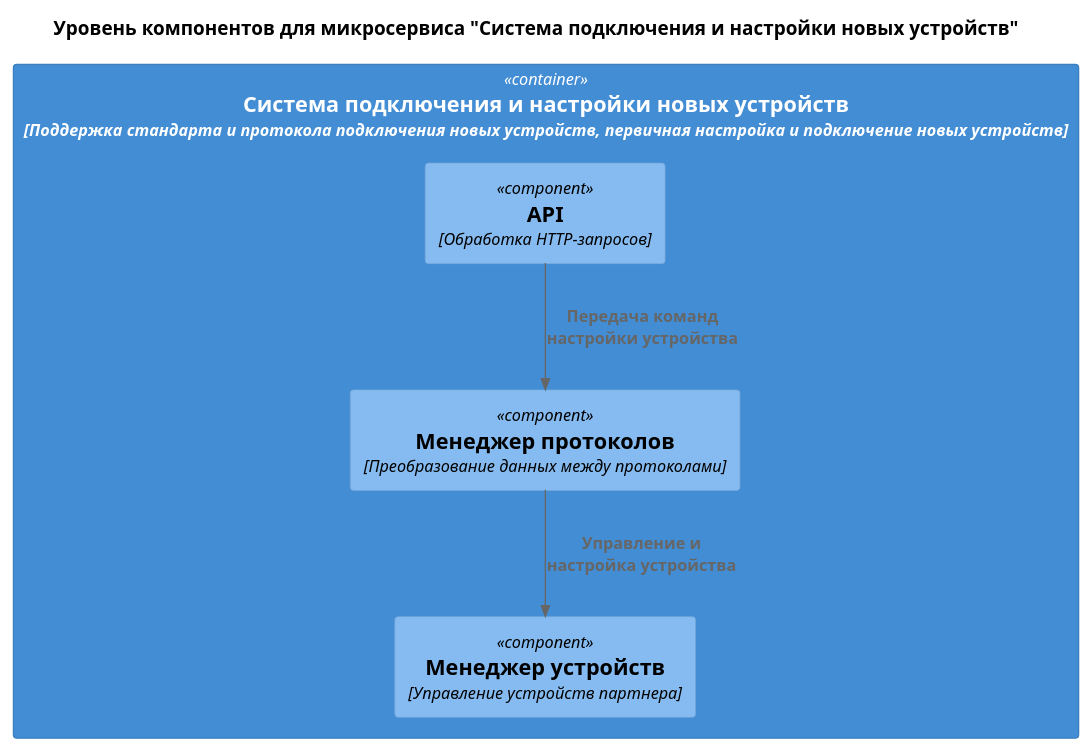
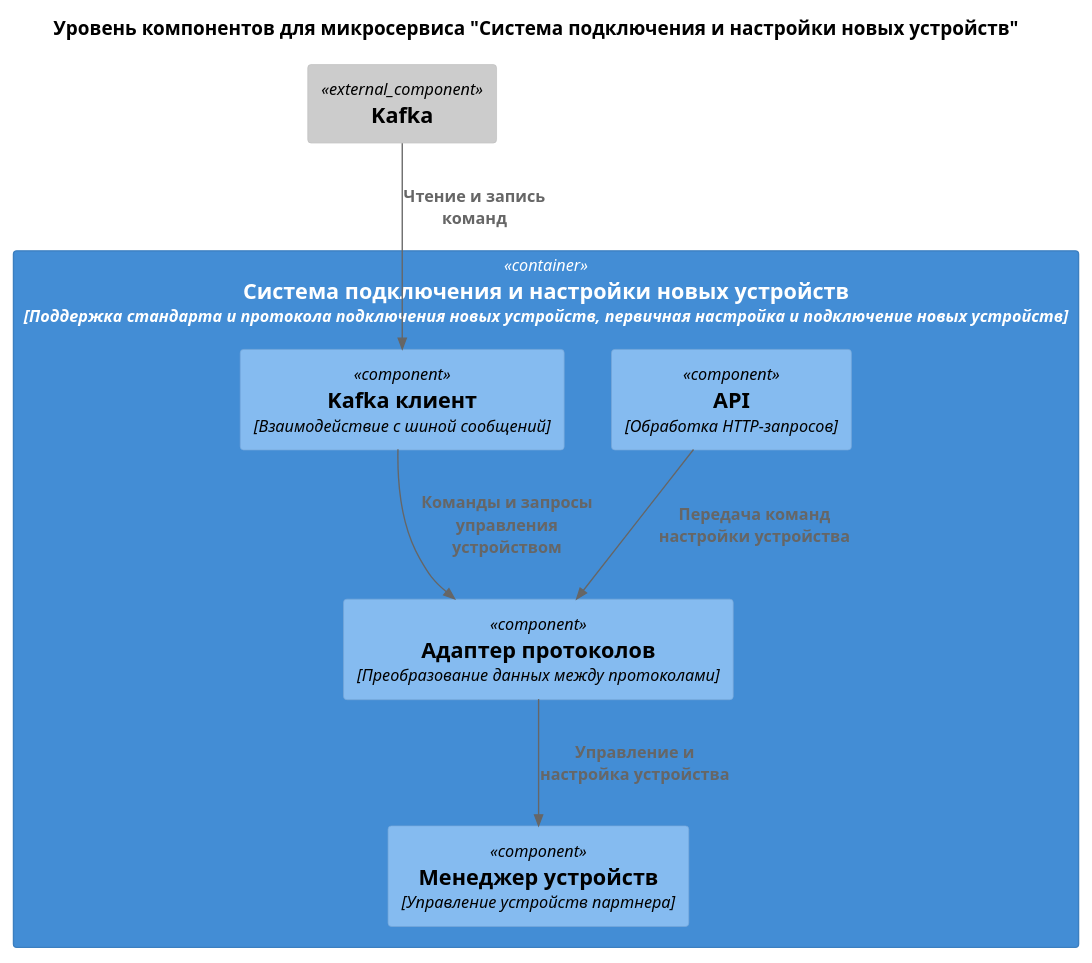
Before and after one commit to sadam-agashirinov/architecture-sprint-3: the diagram in diagrams/partner_integration_component.puml, drawn with PlantUML. The commit also changed 1 other file, not shown here.

Commit message:
feat: Задание 2. Проектирование микросервисной архитектуры: диаграмма компонента Система подключения и настройки новых устройств

```diff
--- a/diagrams/partner_integration_component.puml
+++ b/diagrams/partner_integration_component.puml
@@ -1,17 +1,22 @@
 @startuml partner_integration_component
 !include https://raw.githubusercontent.com/plantuml-stdlib/C4-PlantUML/master/C4_Component.puml
 
 skinparam wrapWidth 300
 
 title Уровень компонентов для микросервиса "Система подключения и настройки новых устройств"
 
+Component_Ext(kafka, "Kafka")
+
 Container(device_management, "Система подключения и настройки новых устройств", "Поддержка стандарта и протокола подключения новых устройств, первичная настройка и подключение новых устройств") {
     Component(api, "API", "Обработка HTTP-запросов")
     Component(device_manager, "Менеджер устройств", "Управление устройств партнера")
-    Component(protocol_manager, "Менеджер протоколов", "Преобразование данных между протоколами")
+    Component(protocol_adapter, "Адаптер протоколов", "Преобразование данных между протоколами")
+    Component(kafka_client, "Kafka клиент", "Взаимодействие с шиной сообщений")
 }
 
-Rel(api, protocol_manager, "Передача команд настройки устройства")
-Rel(protocol_manager, device_manager, "Управление и настройка устройства")
+Rel(api, protocol_adapter, "Передача команд настройки устройства")
+Rel(kafka_client, protocol_adapter, "Команды и запросы управления устройством")
+Rel(protocol_adapter, device_manager, "Управление и настройка устройства")
+Rel(kafka, kafka_client, "Чтение и запись команд")
 
 @enduml
```
